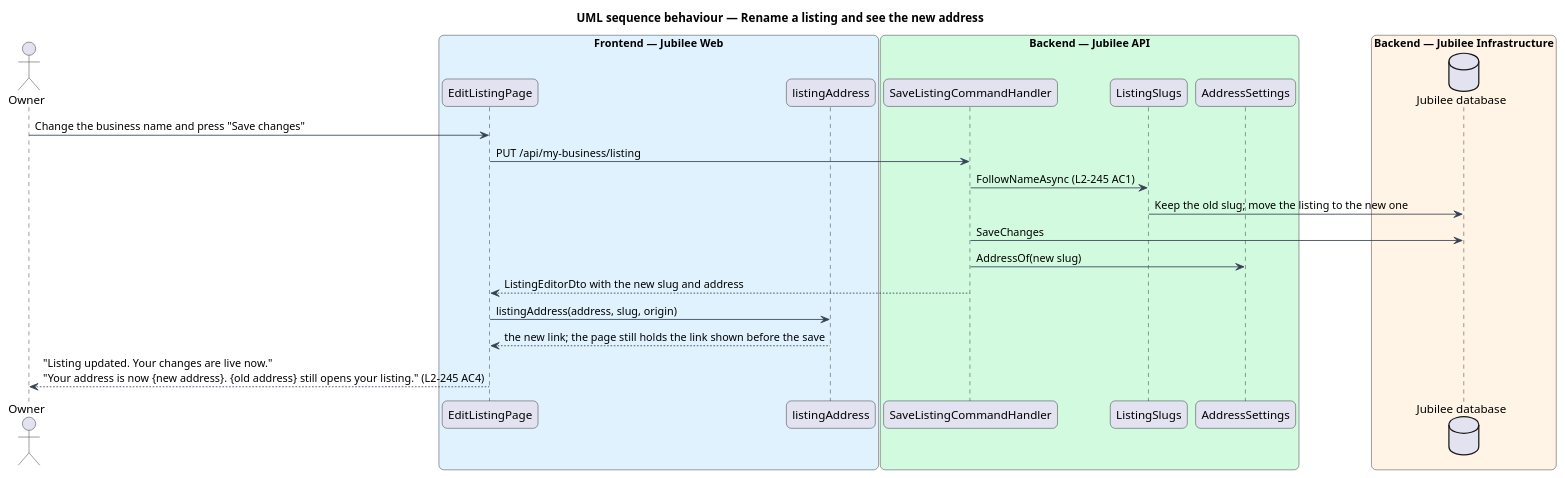
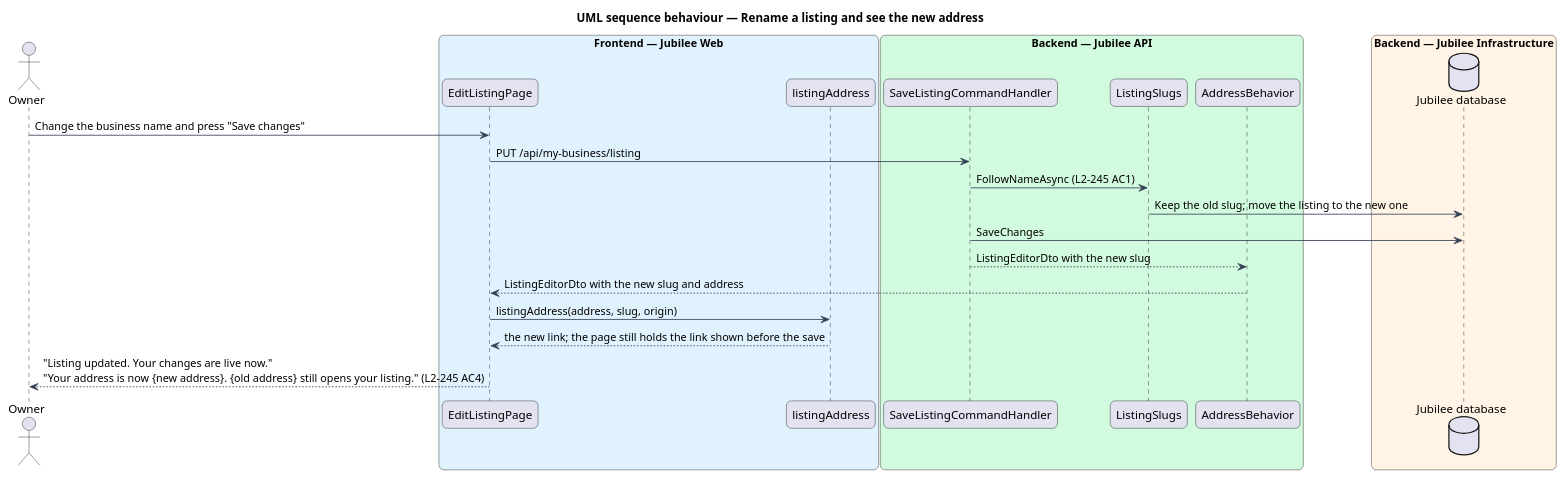
One commit to QuinntyneBrown/jubilee changed the diagram in docs/detailed-designs/listings/share-listing-address/diagrams/sequence-rename-listing.puml. Above: the diagram before and after it, drawn with PlantUML. The commit also changed 21 other files, not shown here.

```diff
--- a/docs/detailed-designs/listings/share-listing-address/diagrams/sequence-rename-listing.puml
+++ b/docs/detailed-designs/listings/share-listing-address/diagrams/sequence-rename-listing.puml
@@ -1,40 +1,40 @@
 @startuml
 title UML sequence behaviour — Rename a listing and see the new address
 skinparam backgroundColor #FFFFFF
 skinparam shadowing false
 skinparam roundcorner 12
 skinparam defaultFontName Arial
 skinparam ArrowColor #344054
 skinparam rectangle {
   BorderColor #344054
   FontColor #101828
 }
 skinparam package {
   BorderColor #667085
   FontColor #101828
   BackgroundColor #F9FAFB
 }
 actor "Owner" as owner
 box "Frontend — Jubilee Web" #E0F2FE
   participant "EditListingPage" as page
   participant "listingAddress" as helper
 end box
 box "Backend — Jubilee API" #D1FADF
   participant "SaveListingCommandHandler" as handler
   participant "ListingSlugs" as slugs
-  participant "AddressSettings" as settings
+  participant "AddressBehavior" as behavior
 end box
 box "Backend — Jubilee Infrastructure" #FFF4E5
   database "Jubilee database" as db
 end box
 owner -> page : Change the business name and press "Save changes"
 page -> handler : PUT /api/my-business/listing
 handler -> slugs : FollowNameAsync (L2-245 AC1)
 slugs -> db : Keep the old slug; move the listing to the new one
 handler -> db : SaveChanges
-handler -> settings : AddressOf(new slug)
-handler --> page : ListingEditorDto with the new slug and address
+handler --> behavior : ListingEditorDto with the new slug
+behavior --> page : ListingEditorDto with the new slug and address
 page -> helper : listingAddress(address, slug, origin)
 helper --> page : the new link; the page still holds the link shown before the save
 page --> owner : "Listing updated. Your changes are live now."\n"Your address is now {new address}. {old address} still opens your listing." (L2-245 AC4)
 @enduml
```
